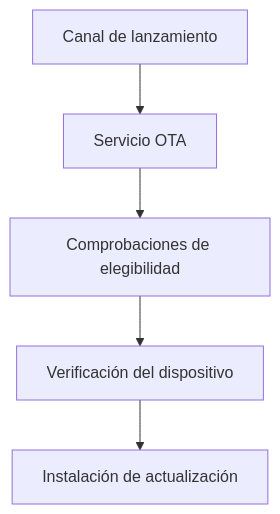
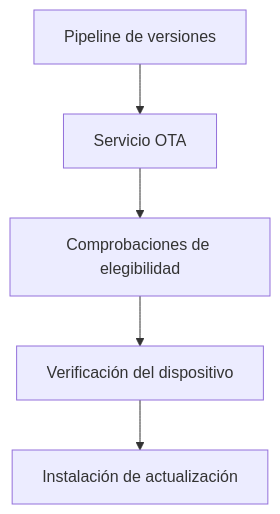
Before and after one commit to enigm-llc/docs: the second of 3 diagrams in es/os/ota-architecture.mdx, drawn with Mermaid. The commit also changed other lines of this file and 41 other files, not shown here.

````diff
--- a/es/os/ota-architecture.mdx
+++ b/es/os/ota-architecture.mdx
@@ -73,13 +73,13 @@
 ```mermaid
 flowchart TD
-  Pipeline["Canal de lanzamiento"]
+  Pipeline["Pipeline de versiones"]
   Service["Servicio OTA"]
   Eligibility["Comprobaciones de elegibilidad"]
   Verification["Verificación del dispositivo"]
   Installation["Instalación de actualización"]
 
   Pipeline --> Service
   Service --> Eligibility
   Eligibility --> Verification
   Verification --> Installation
 ```
````
